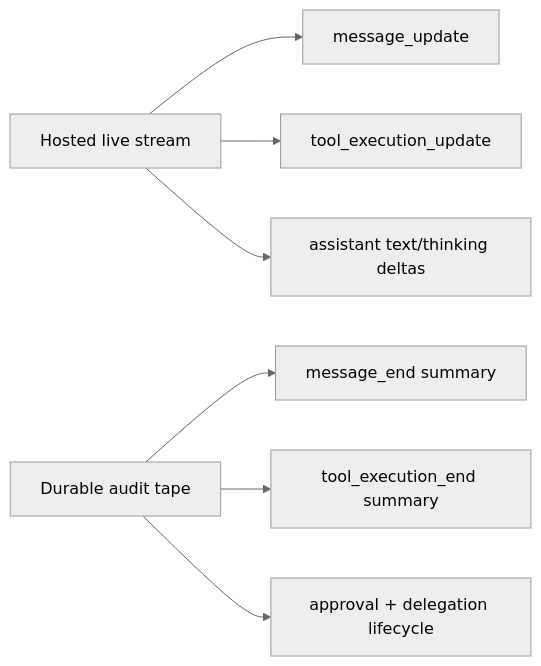
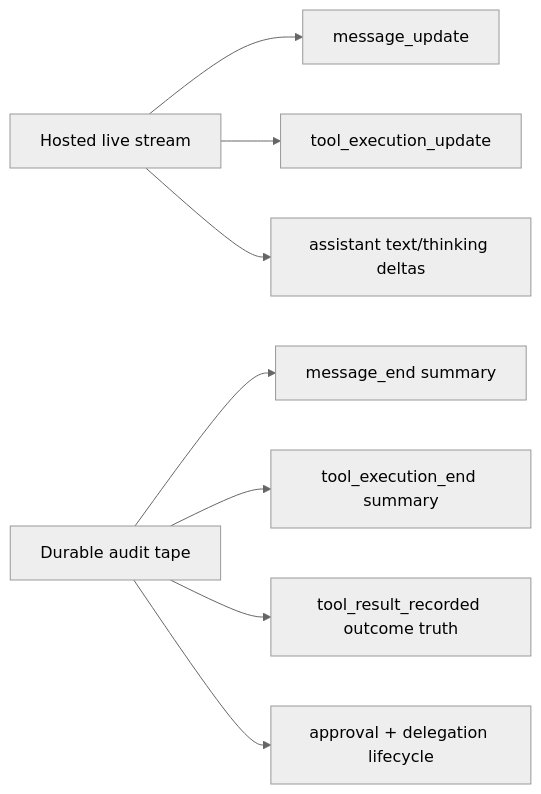
Before and after one commit to arcthur/brewva: the fourth of 9 diagrams in docs/architecture/control-and-data-flow.md, drawn with Mermaid (neutral theme). The commit also changed other lines of this file and 85 other files, not shown here.

````diff
--- a/docs/architecture/control-and-data-flow.md
+++ b/docs/architecture/control-and-data-flow.md
@@ -89,10 +91,11 @@
 ```mermaid
 flowchart LR
   LIVE["Hosted live stream"] --> L1["message_update"]
   LIVE --> L2["tool_execution_update"]
   LIVE --> L3["assistant text/thinking deltas"]
 
   AUDIT["Durable audit tape"] --> A1["message_end summary"]
   AUDIT --> A2["tool_execution_end summary"]
+  AUDIT --> A3["tool_result_recorded outcome truth"]
   AUDIT --> A4["approval + delegation lifecycle"]
 ```
````
